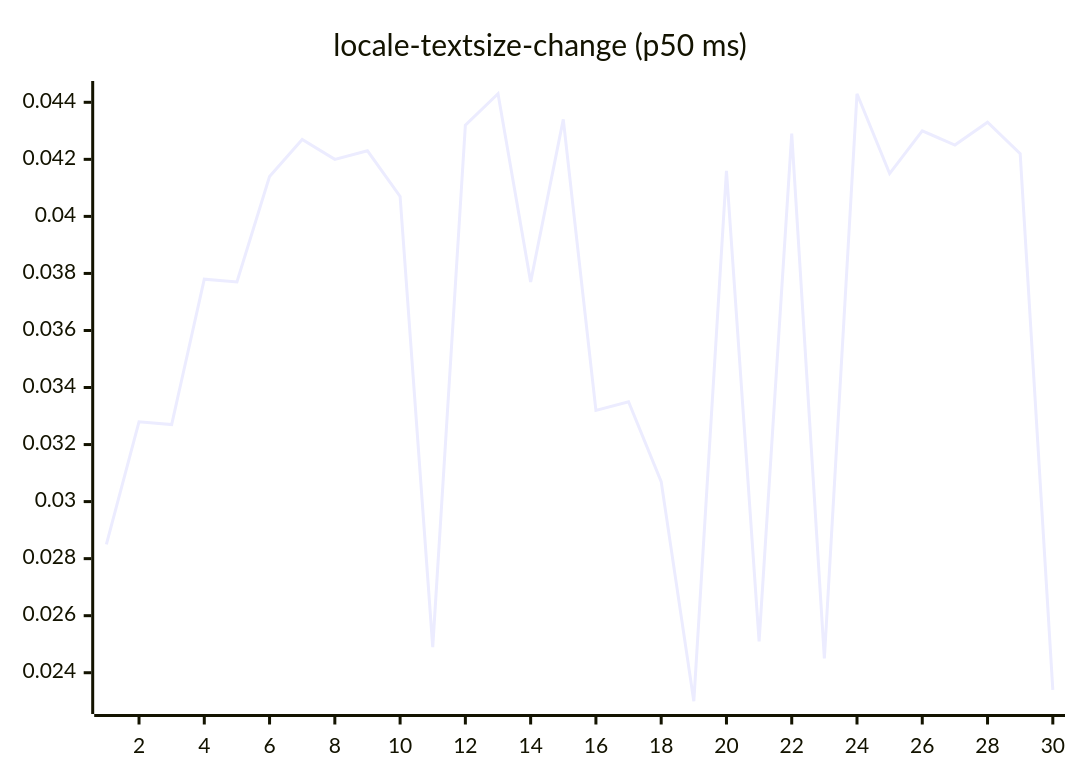
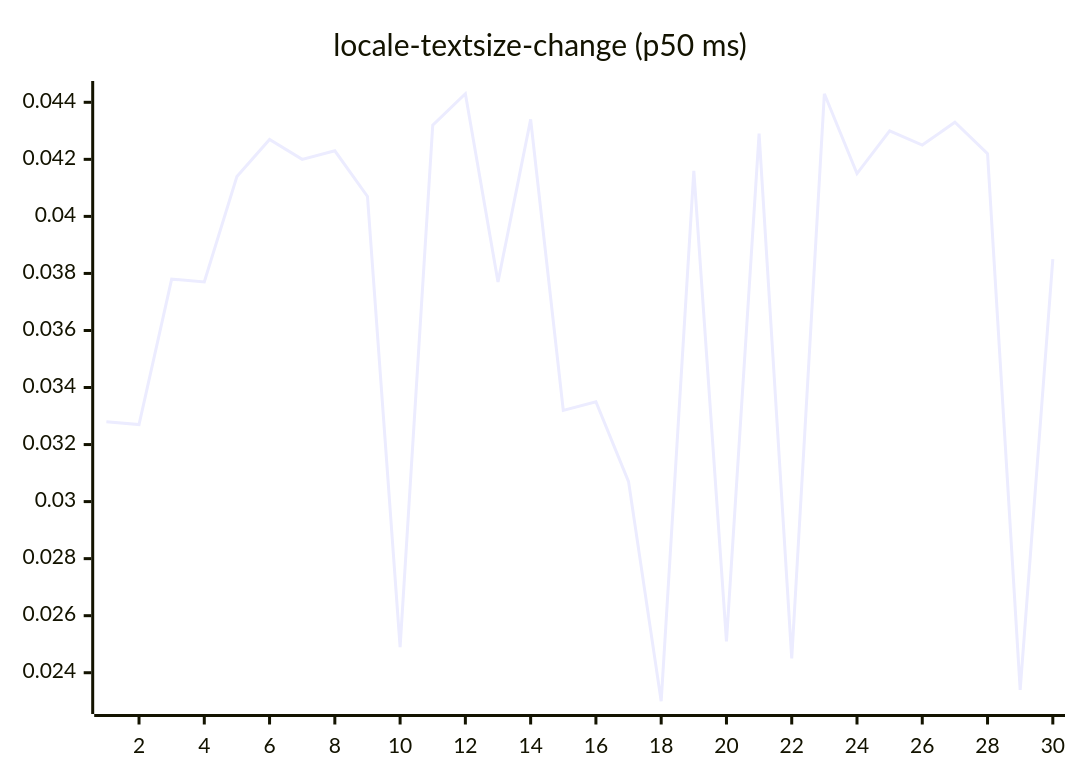
Diagram 13 of 27 in README.md (josha/Facet), drawn with Mermaid before and after one commit. The commit also changed other lines of this file and 2 other files, not shown here.

````diff
--- a/README.md
+++ b/README.md
@@ -147,6 +147,6 @@
 ```mermaid
 xychart-beta
     title "locale-textsize-change (p50 ms)"
     x-axis 1 --> 30
-    line [0.0285, 0.0328, 0.0327, 0.0378, 0.0377, 0.0414, 0.0427, 0.0420, 0.0423, 0.0407, 0.0249, 0.0432, 0.0443, 0.0377, 0.0434, 0.0332, 0.0335, 0.0307, 0.0230, 0.0416, 0.0251, 0.0429, 0.0245, 0.0443, 0.0415, 0.0430, 0.0425, 0.0433, 0.0422, 0.0234]
+    line [0.0328, 0.0327, 0.0378, 0.0377, 0.0414, 0.0427, 0.0420, 0.0423, 0.0407, 0.0249, 0.0432, 0.0443, 0.0377, 0.0434, 0.0332, 0.0335, 0.0307, 0.0230, 0.0416, 0.0251, 0.0429, 0.0245, 0.0443, 0.0415, 0.0430, 0.0425, 0.0433, 0.0422, 0.0234, 0.0385]
 ```
````
